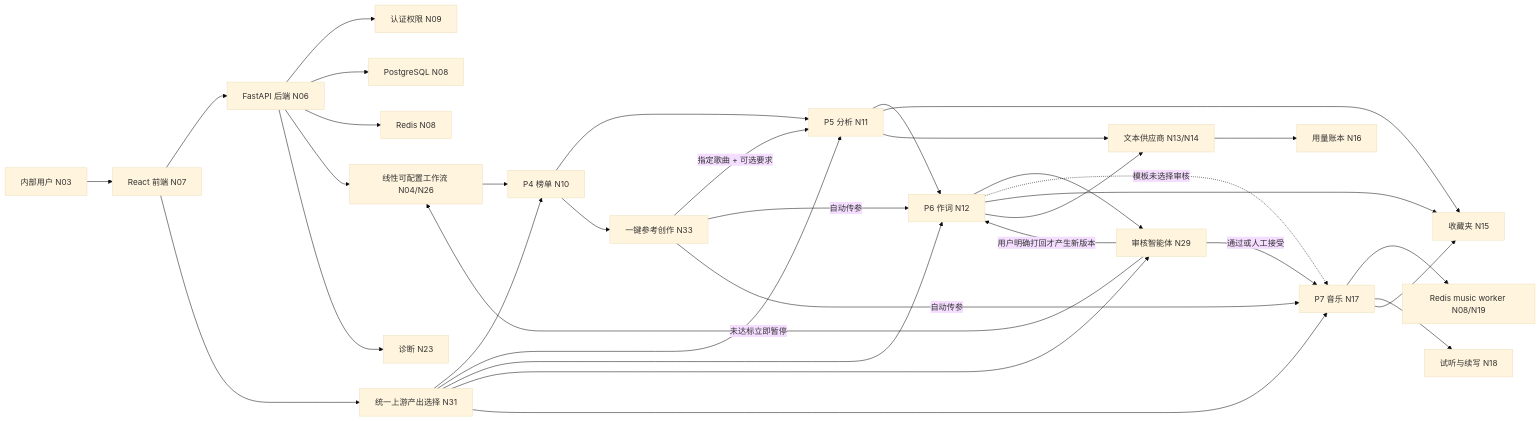
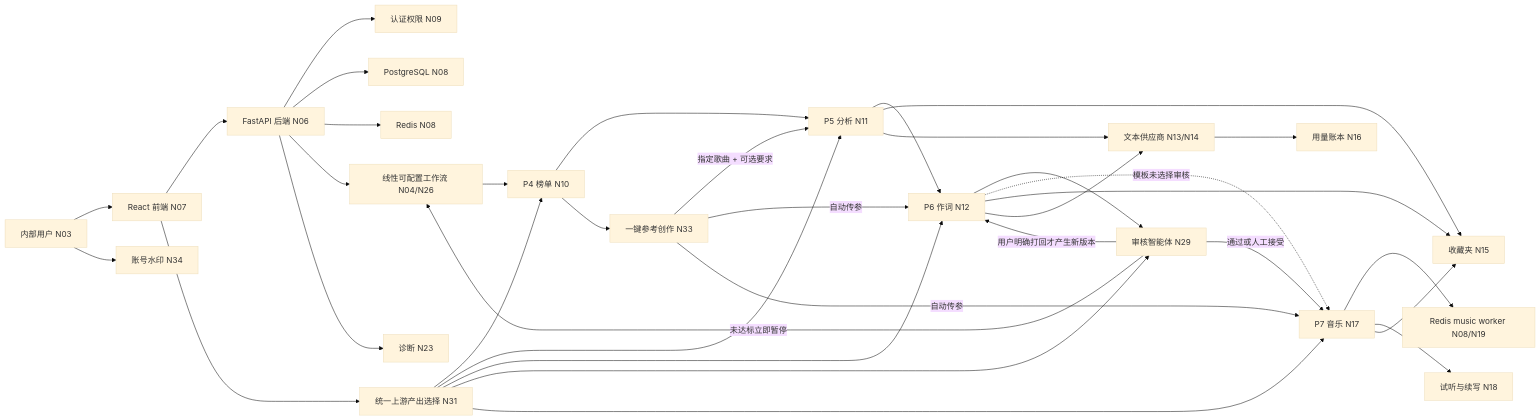
One commit to sunjiaxing520/SunJX changed the diagram in docs/notes/蓝乐_当前上下文速记.md. Above: the diagram before and after it, drawn with Mermaid (base theme). The commit also changed other lines of this file and 22 other files, not shown here.

````diff
--- a/docs/notes/蓝乐_当前上下文速记.md
+++ b/docs/notes/蓝乐_当前上下文速记.md
@@ -71,36 +72,37 @@
 ```mermaid
 flowchart LR
     User["内部用户 N03"] --> UI["React 前端 N07"]
     UI --> API["FastAPI 后端 N06"]
+    User --> Watermark["账号水印 N34"]
     API --> Auth["认证权限 N09"]
     API --> DB["PostgreSQL N08"]
     API --> Redis["Redis N08"]
     API --> Flow["线性可配置工作流 N04/N26"]
     Flow --> Rank["P4 榜单 N10"]
     Rank --> Analysis["P5 分析 N11"]
     Analysis --> Lyrics["P6 作词 N12"]
     Lyrics --> Review["审核智能体 N29"]
     Review -->|未达标立即暂停| Flow
     Review -->|用户明确打回才产生新版本| Lyrics
     Review -->|通过或人工接受| Music["P7 音乐 N17"]
     Lyrics -.->|模板未选择审核| Music
     Rank --> Reference["一键参考创作 N33"]
     Reference -->|指定歌曲 + 可选要求| Analysis
     Reference -->|自动传参| Lyrics
     Reference -->|自动传参| Music
     Music --> RedisWorker["Redis music worker N08/N19"]
     Music --> Audition["试听与续写 N18"]
     UI --> Picker["统一上游产出选择 N31"]
     Picker --> Rank
     Picker --> Analysis
     Picker --> Lyrics
     Picker --> Review
     Picker --> Music
     Analysis --> Favorite["收藏夹 N15"]
     Lyrics --> Favorite
     Music --> Favorite
     Analysis --> Provider["文本供应商 N13/N14"]
     Lyrics --> Provider
     Provider --> Usage["用量账本 N16"]
     API --> Diagnostics["诊断 N23"]
 ```
````
